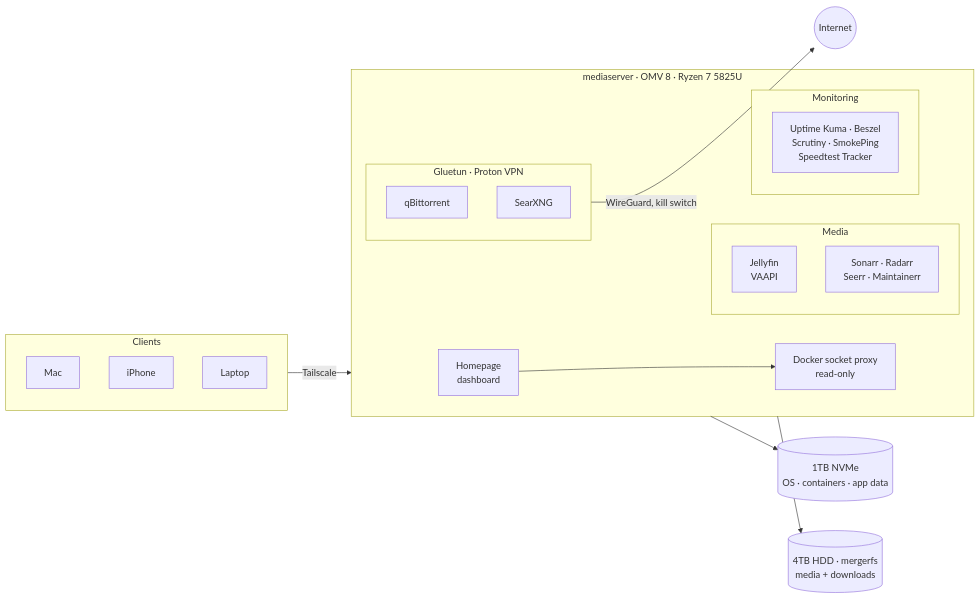
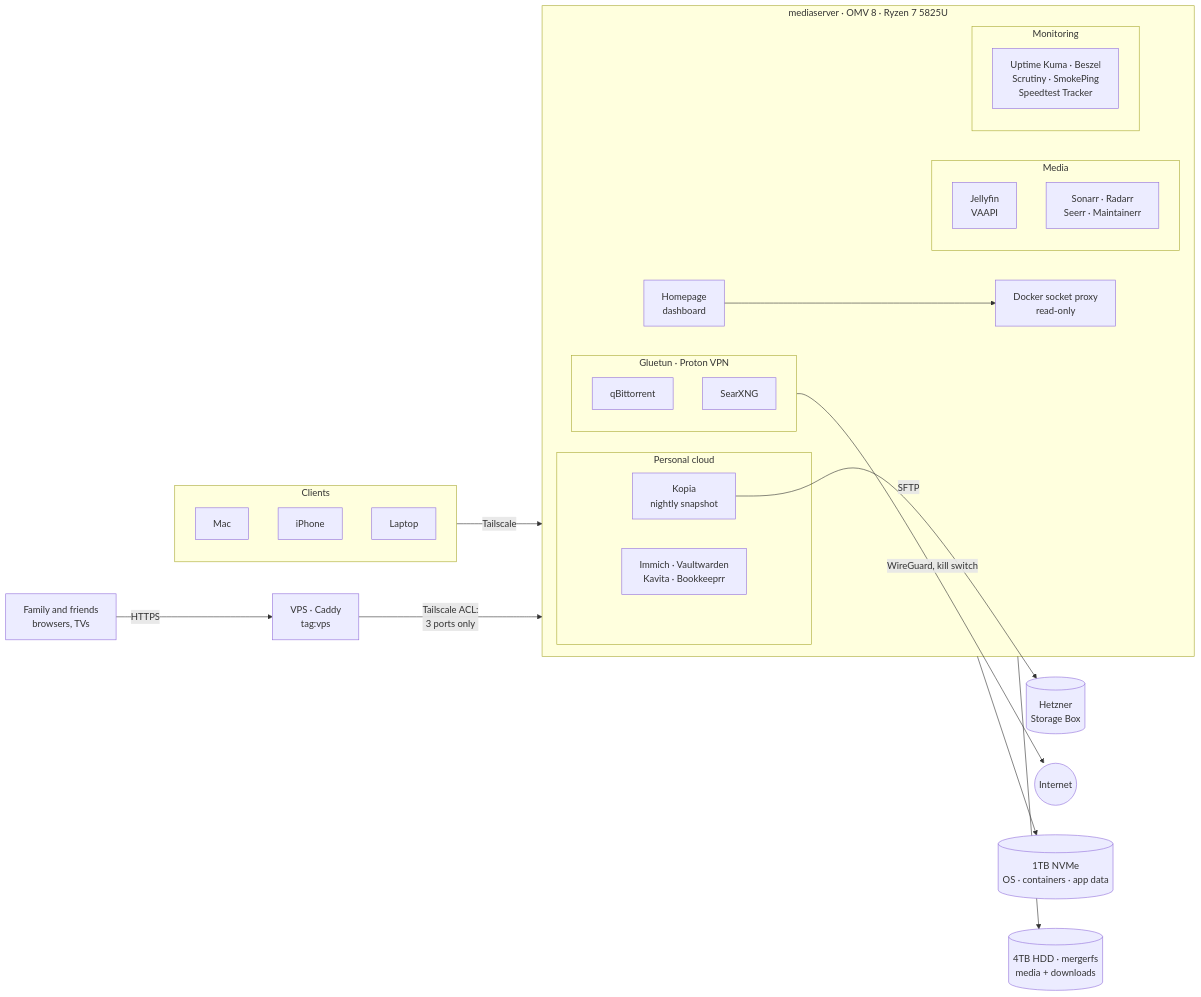
One commit to Bixade/homelab changed the diagram in README.md. Above: the diagram before and after it, drawn with Mermaid. The commit also changed other lines of this file, not shown here.

First line of the commit message:
Update README: new services, public access, backups, roadmap

````diff
--- a/README.md
+++ b/README.md
@@ -7,29 +7,37 @@
 ```mermaid
 flowchart LR
     subgraph Clients
         Mac[Mac] & iPhone[iPhone] & Laptop[Laptop]
     end
 
     Clients -->|Tailscale| Server
 
     subgraph Server[mediaserver · OMV 8 · Ryzen 7 5825U]
         Homepage[Homepage<br/>dashboard]
         subgraph Media
             Jellyfin[Jellyfin<br/>VAAPI] 
             Arr[Sonarr · Radarr<br/>Seerr · Maintainerr]
         end
         subgraph VPN[Gluetun · Proton VPN]
             qBit[qBittorrent]
             Searx[SearXNG]
         end
         subgraph Monitoring
             Mon[Uptime Kuma · Beszel<br/>Scrutiny · SmokePing<br/>Speedtest Tracker]
         end
+        subgraph Personal[Personal cloud]
+            Cloud[Immich · Vaultwarden<br/>Kavita · Bookkeeprr]
+            Kopia[Kopia<br/>nightly snapshot]
+        end
         Proxy[Docker socket proxy<br/>read-only]
         Homepage --> Proxy
     end
+
+    Public[Family and friends<br/>browsers, TVs] -->|HTTPS| VPS[VPS · Caddy<br/>tag:vps]
+    VPS -->|Tailscale ACL:<br/>3 ports only| Server
+    Kopia -->|SFTP| Box[(Hetzner<br/>Storage Box)]
 
     VPN -->|WireGuard, kill switch| Internet((Internet))
     Server --> NVMe[(1TB NVMe<br/>OS · containers · app data)]
     Server --> HDD[(4TB HDD · mergerfs<br/>media + downloads)]
 ```
````
